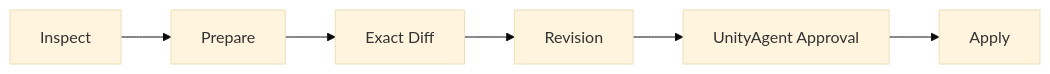
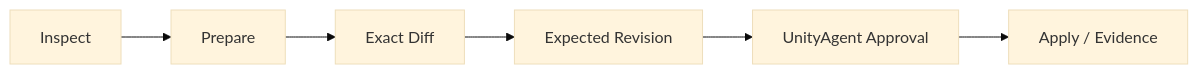
One commit to DarumaPPAP/UnityAgent changed the fourth of 6 diagrams in docs/architecture/production-tool-runtime.md. Above: the diagram before and after it, drawn with Mermaid (base theme). The commit also changed other lines of this file and 45 other files, not shown here.

````diff
--- a/docs/architecture/production-tool-runtime.md
+++ b/docs/architecture/production-tool-runtime.md
@@ -232,8 +228,8 @@
 ```mermaid
 flowchart LR
     I[Inspect] --> P[Prepare]
     P --> D[Exact Diff]
-    D --> R[Revision]
+    D --> R[Expected Revision]
     R --> A[UnityAgent Approval]
-    A --> AP[Apply]
+    A --> AP[Apply / Evidence]
 ```
````
